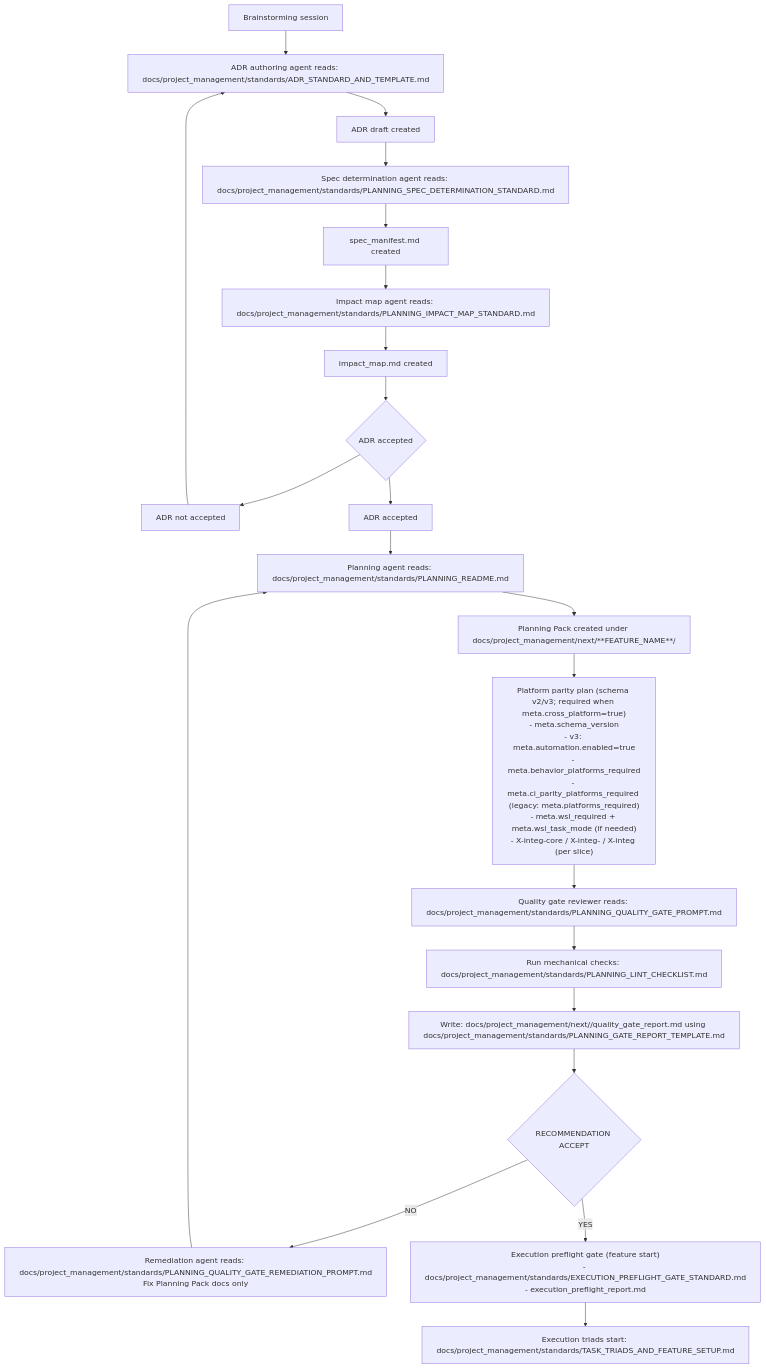
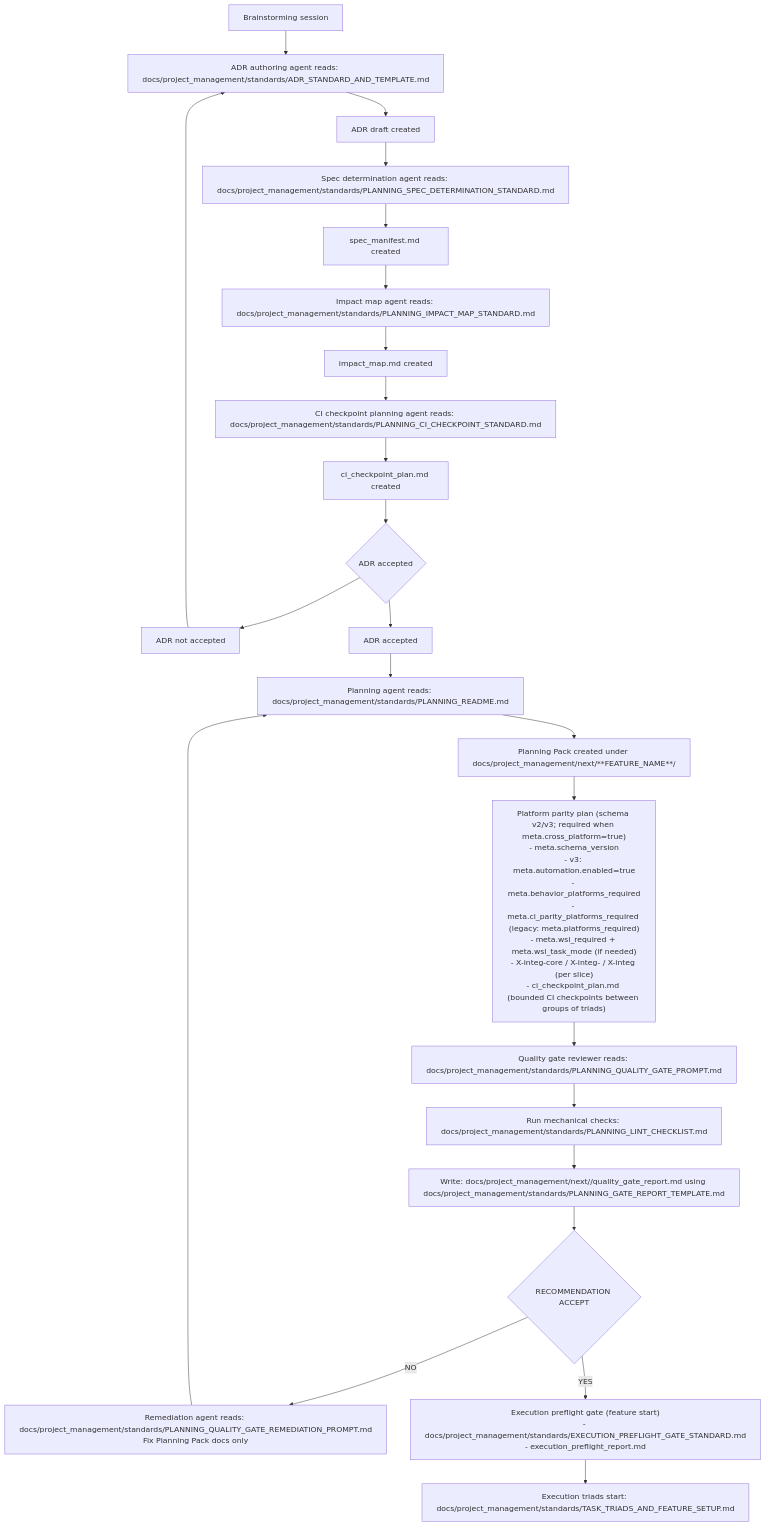
One commit to atomize-hq/substrate changed the diagram in docs/project_management/standards/PLANNING_WORKFLOW_OVERVIEW.md. Above: the diagram before and after it, drawn with Mermaid. The commit also changed 22 other files, not shown here.

Commit message:
feat(planning): add CI checkpointing between triads

````diff
--- a/docs/project_management/standards/PLANNING_WORKFLOW_OVERVIEW.md
+++ b/docs/project_management/standards/PLANNING_WORKFLOW_OVERVIEW.md
@@ -18,43 +18,45 @@
 ```mermaid
 flowchart TD
   A[Brainstorming session]
   B["ADR authoring agent reads: docs/project_management/standards/ADR_STANDARD_AND_TEMPLATE.md"]
   C[ADR draft created]
   SM["Spec determination agent reads: docs/project_management/standards/PLANNING_SPEC_DETERMINATION_STANDARD.md"]
   SMD[spec_manifest.md created]
   IM["Impact map agent reads: docs/project_management/standards/PLANNING_IMPACT_MAP_STANDARD.md"]
   IMD[impact_map.md created]
+  CP["CI checkpoint planning agent reads: docs/project_management/standards/PLANNING_CI_CHECKPOINT_STANDARD.md"]
+  CPD[ci_checkpoint_plan.md created]
   D{ADR accepted}
   D_NO[ADR not accepted]
   D_YES[ADR accepted]
 
   P["Planning agent reads: docs/project_management/standards/PLANNING_README.md"]
   PACK[Planning Pack created under docs/project_management/next/**FEATURE_NAME**/]
-  PP["Platform parity plan (schema v2/v3; required when meta.cross_platform=true)\n- meta.schema_version\n- v3: meta.automation.enabled=true\n- meta.behavior_platforms_required\n- meta.ci_parity_platforms_required (legacy: meta.platforms_required)\n- meta.wsl_required + meta.wsl_task_mode (if needed)\n- X-integ-core / X-integ-<platform> / X-integ (per slice)"]
+  PP["Platform parity plan (schema v2/v3; required when meta.cross_platform=true)\n- meta.schema_version\n- v3: meta.automation.enabled=true\n- meta.behavior_platforms_required\n- meta.ci_parity_platforms_required (legacy: meta.platforms_required)\n- meta.wsl_required + meta.wsl_task_mode (if needed)\n- X-integ-core / X-integ-<platform> / X-integ (per slice)\n- ci_checkpoint_plan.md (bounded CI checkpoints between groups of triads)"]
 
   Q["Quality gate reviewer reads: docs/project_management/standards/PLANNING_QUALITY_GATE_PROMPT.md"]
   LINT["Run mechanical checks: docs/project_management/standards/PLANNING_LINT_CHECKLIST.md"]
   REPORT["Write: docs/project_management/next/<feature>/quality_gate_report.md using docs/project_management/standards/PLANNING_GATE_REPORT_TEMPLATE.md"]
   GATE{RECOMMENDATION ACCEPT}
   REMEDIATE["Remediation agent reads: docs/project_management/standards/PLANNING_QUALITY_GATE_REMEDIATION_PROMPT.md\nFix Planning Pack docs only"]
   PREFLIGHT["Execution preflight gate (feature start)\n- docs/project_management/standards/EXECUTION_PREFLIGHT_GATE_STANDARD.md\n- execution_preflight_report.md"]
   GATE_YES["Execution triads start: docs/project_management/standards/TASK_TRIADS_AND_FEATURE_SETUP.md"]
 
   A --> B
   B --> C
-  C --> SM --> SMD --> IM --> IMD --> D
+  C --> SM --> SMD --> IM --> IMD --> CP --> CPD --> D
   D --> D_NO
   D --> D_YES
   D_NO --> B
 
   D_YES --> P
   P --> PACK
   PACK --> PP
   PP --> Q
   Q --> LINT
   LINT --> REPORT
   REPORT --> GATE
   GATE -- "NO" --> REMEDIATE
   GATE -- "YES" --> PREFLIGHT --> GATE_YES
   REMEDIATE --> P
 ```
````
